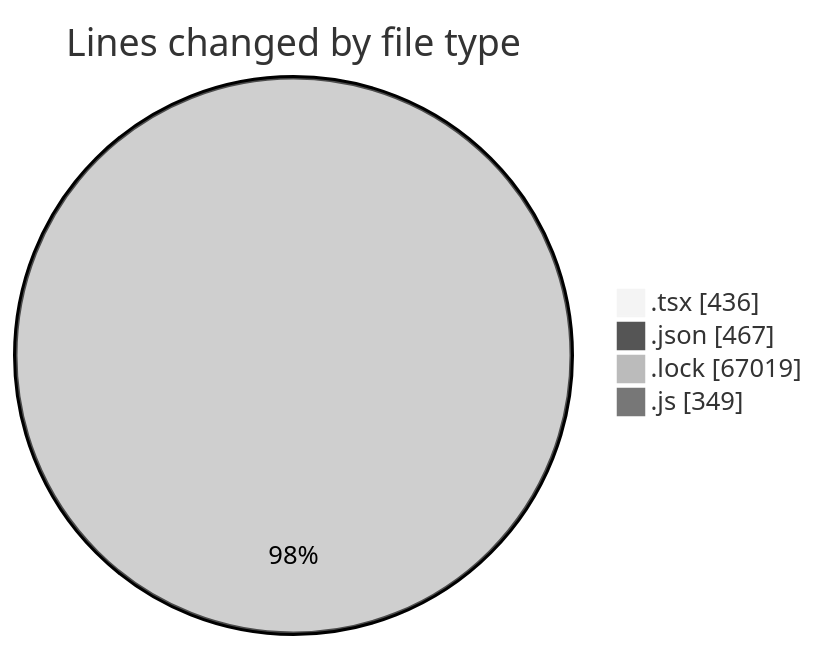
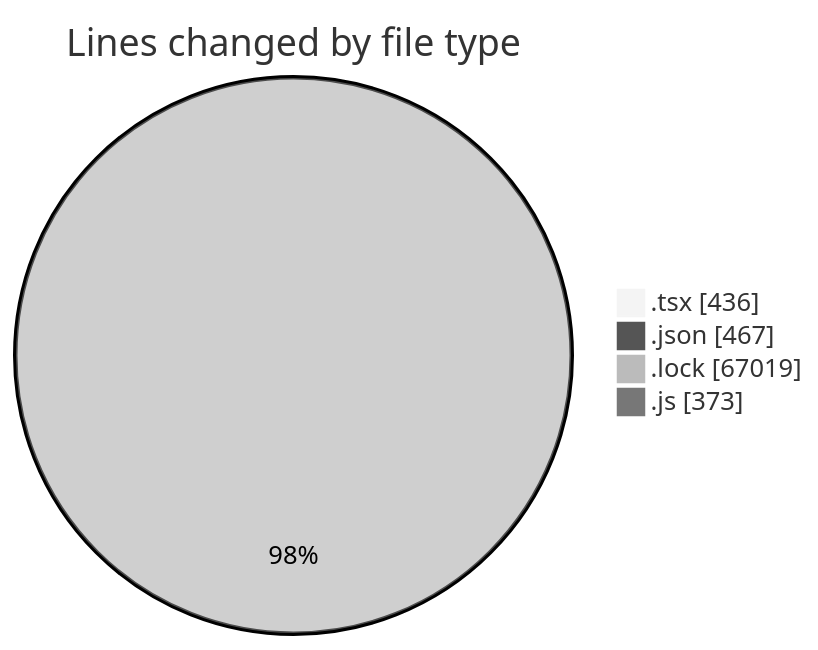
The first of 2 diagrams in 2025-03-10/cda/README.md (momahboobian/code-tracking), drawn with Mermaid (neutral theme) before and after one commit. The commit also changed other lines of this file and 1 other file, not shown here.

````diff
--- a/2025-03-10/cda/README.md
+++ b/2025-03-10/cda/README.md
@@ -37,8 +38,8 @@
 ```mermaid
 pie showData
 title Lines changed by file type
 ".tsx" : 436
 ".json" : 467
 ".lock" : 67019
-".js" : 349
+".js" : 373
 ```
````
